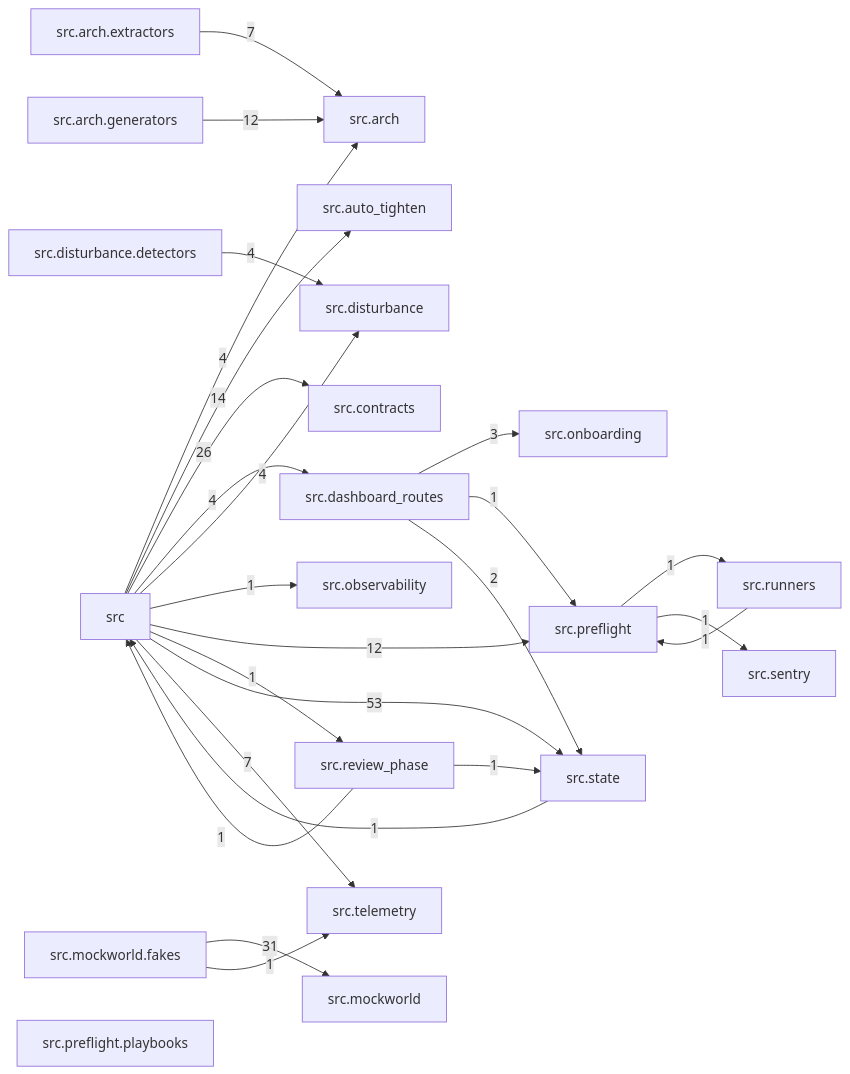
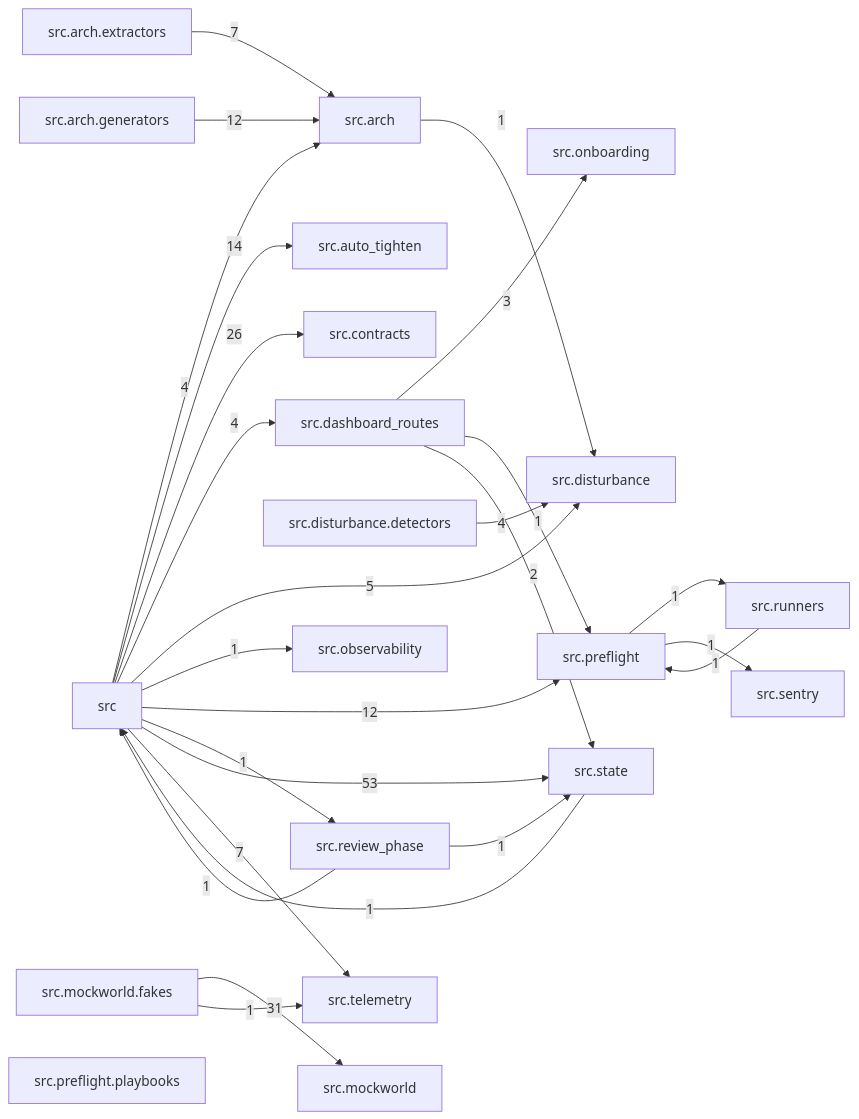
The diagram in docs/arch/generated/modules.md (T-rav/hydraflow), drawn with Mermaid before and after one commit. The commit also changed 11 other files, not shown here.

First line of the commit message:
feat(disturbance): sync traceability baseline on regen; exempt matrix from arch drift check (CH-5, #9733)

````diff
--- a/docs/arch/generated/modules.md
+++ b/docs/arch/generated/modules.md
@@ -7,47 +7,48 @@
 ```mermaid
 graph LR
     src["src"]
     src_arch["src.arch"]
     src_arch_extractors["src.arch.extractors"]
     src_arch_generators["src.arch.generators"]
     src_auto_tighten["src.auto_tighten"]
     src_contracts["src.contracts"]
     src_dashboard_routes["src.dashboard_routes"]
     src_disturbance["src.disturbance"]
     src_disturbance_detectors["src.disturbance.detectors"]
     src_mockworld["src.mockworld"]
     src_mockworld_fakes["src.mockworld.fakes"]
     src_observability["src.observability"]
     src_onboarding["src.onboarding"]
     src_preflight["src.preflight"]
     src_preflight_playbooks["src.preflight.playbooks"]
     src_review_phase["src.review_phase"]
     src_runners["src.runners"]
     src_sentry["src.sentry"]
     src_state["src.state"]
     src_telemetry["src.telemetry"]
     src -- "4" --> src_arch
     src -- "14" --> src_auto_tighten
     src -- "26" --> src_contracts
     src -- "4" --> src_dashboard_routes
-    src -- "4" --> src_disturbance
+    src -- "5" --> src_disturbance
     src -- "1" --> src_observability
     src -- "12" --> src_preflight
     src -- "1" --> src_review_phase
     src -- "53" --> src_state
     src -- "7" --> src_telemetry
+    src_arch -- "1" --> src_disturbance
     src_arch_extractors -- "7" --> src_arch
     src_arch_generators -- "12" --> src_arch
     src_dashboard_routes -- "3" --> src_onboarding
     src_dashboard_routes -- "1" --> src_preflight
     src_dashboard_routes -- "2" --> src_state
     src_disturbance_detectors -- "4" --> src_disturbance
     src_mockworld_fakes -- "31" --> src_mockworld
     src_mockworld_fakes -- "1" --> src_telemetry
     src_preflight -- "1" --> src_runners
     src_preflight -- "1" --> src_sentry
     src_review_phase -- "1" --> src
     src_review_phase -- "1" --> src_state
     src_runners -- "1" --> src_preflight
     src_state -- "1" --> src
 ```
````
